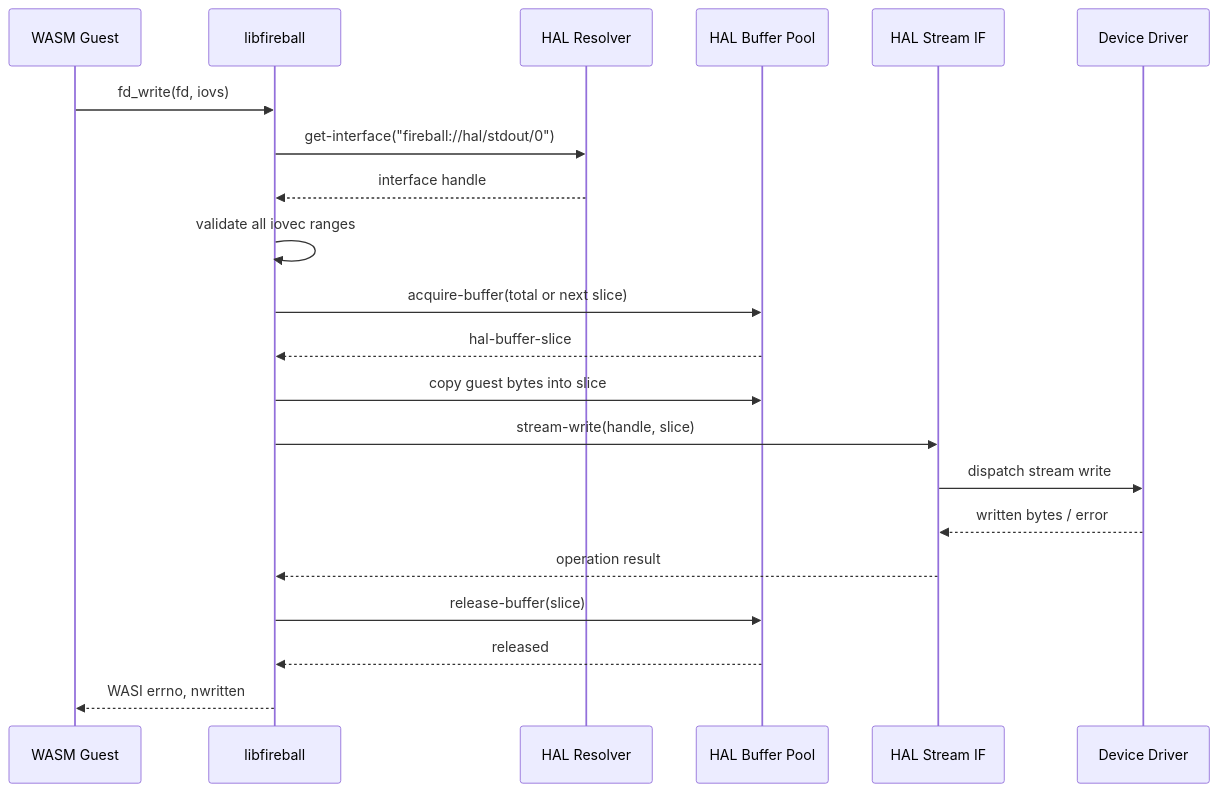
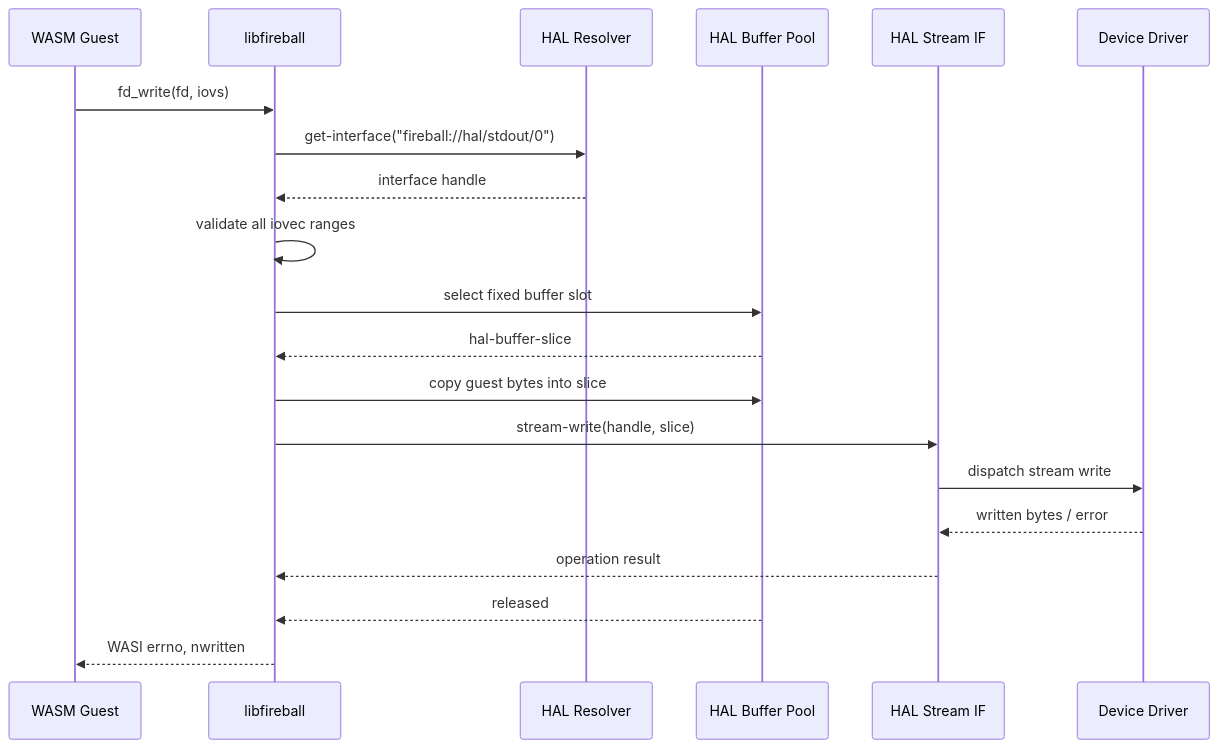
One commit to kmt-t/fireball changed the second of 3 diagrams in docs/components/tier3_platform/libfireball.md. Above: the diagram before and after it, drawn with Mermaid. The commit also changed other lines of this file and 70 other files, not shown here.

````diff
--- a/docs/components/tier3_platform/libfireball.md
+++ b/docs/components/tier3_platform/libfireball.md
@@ -66,24 +66,23 @@
 ```mermaid
 sequenceDiagram
     participant G as WASM Guest
     participant L as libfireball
     participant R as HAL Resolver
     participant B as HAL Buffer Pool
     participant H as HAL Stream IF
     participant D as Device Driver
 
     G->>L: fd_write(fd, iovs)
     L->>R: get-interface("fireball://hal/stdout/0")
     R-->>L: interface handle
     L->>L: validate all iovec ranges
-    L->>B: acquire-buffer(total or next slice)
+    L->>B: select fixed buffer slot
     B-->>L: hal-buffer-slice
     L->>B: copy guest bytes into slice
     L->>H: stream-write(handle, slice)
     H->>D: dispatch stream write
     D-->>H: written bytes / error
     H-->>L: operation result
-    L->>B: release-buffer(slice)
     B-->>L: released
     L-->>G: WASI errno, nwritten
 ```
````
